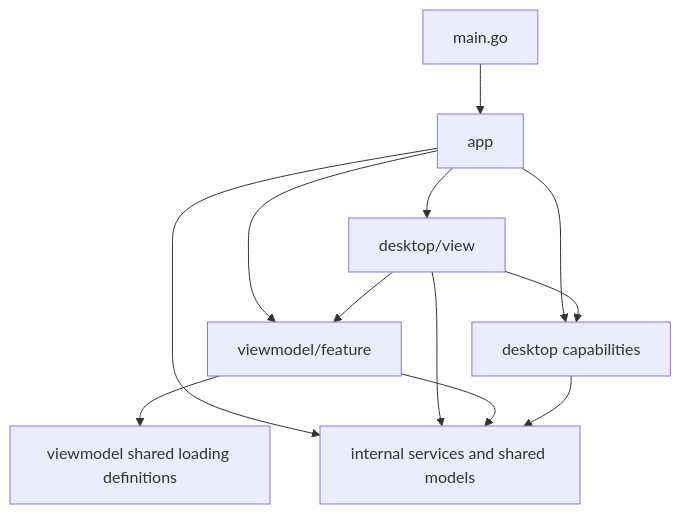
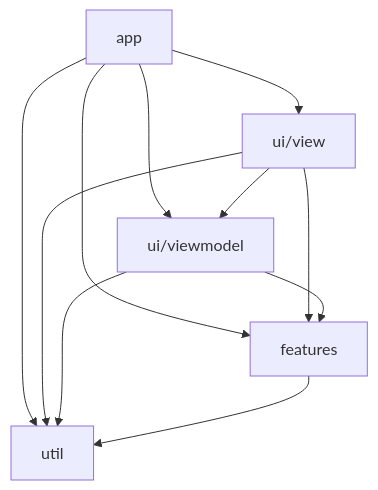
Before and after one commit to DebuNeko233/mygo-music: the diagram in docs/architecture.md, drawn with Mermaid. The commit also changed other lines of this file and 782 other files, not shown here.

Commit message:
refactor: organize internal into features ui app and util

````diff
--- a/docs/architecture.md
+++ b/docs/architecture.md
@@ -20,14 +40,13 @@
 ```mermaid
 flowchart TD
-    Entry[main.go] --> App[app]
-    App --> View[desktop/view]
-    App --> VM[viewmodel/feature]
-    App --> Desktop[desktop capabilities]
-    App --> Services[internal services and shared models]
+    App[app] --> View[ui/view]
+    App --> VM[ui/viewmodel]
+    App --> Features[features]
+    App --> Util[util]
     View --> VM
-    View --> Desktop
-    View --> Services
-    VM --> SharedVM[viewmodel shared loading definitions]
-    VM --> Services
-    Desktop --> Services
+    View --> Features
+    View --> Util
+    VM --> Features
+    VM --> Util
+    Features --> Util
 ```
````
